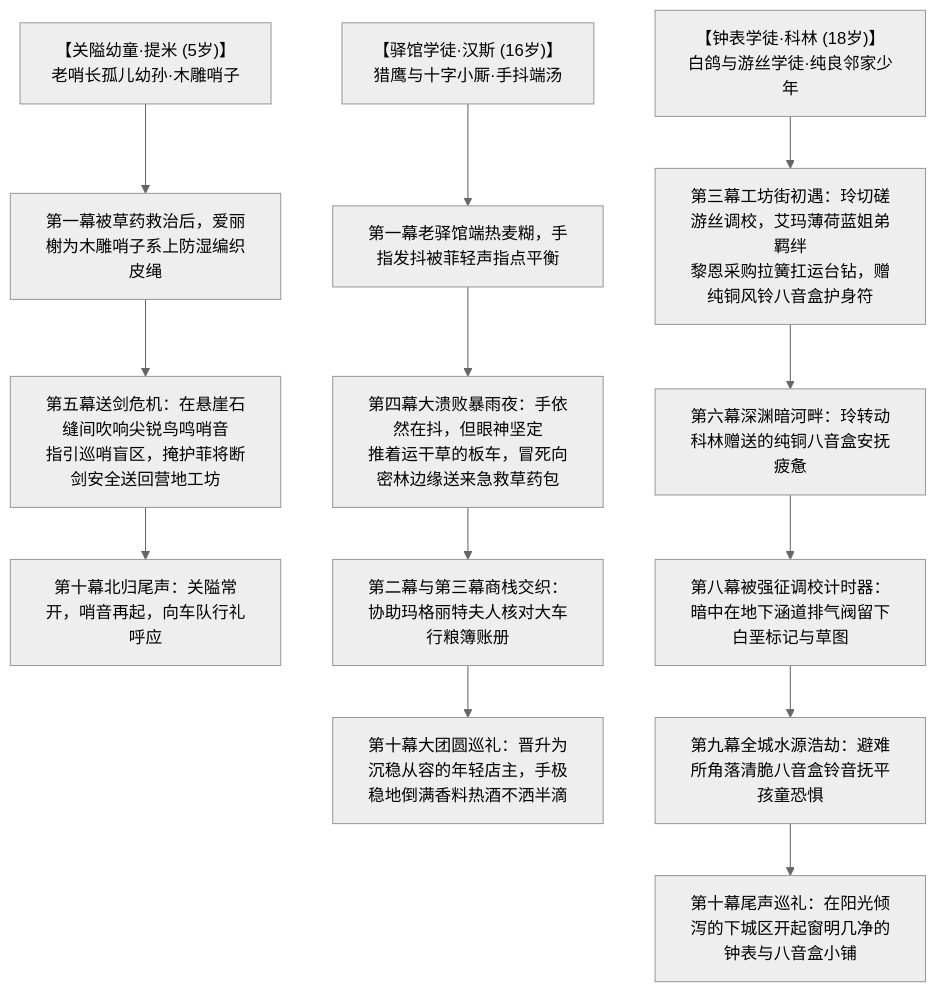
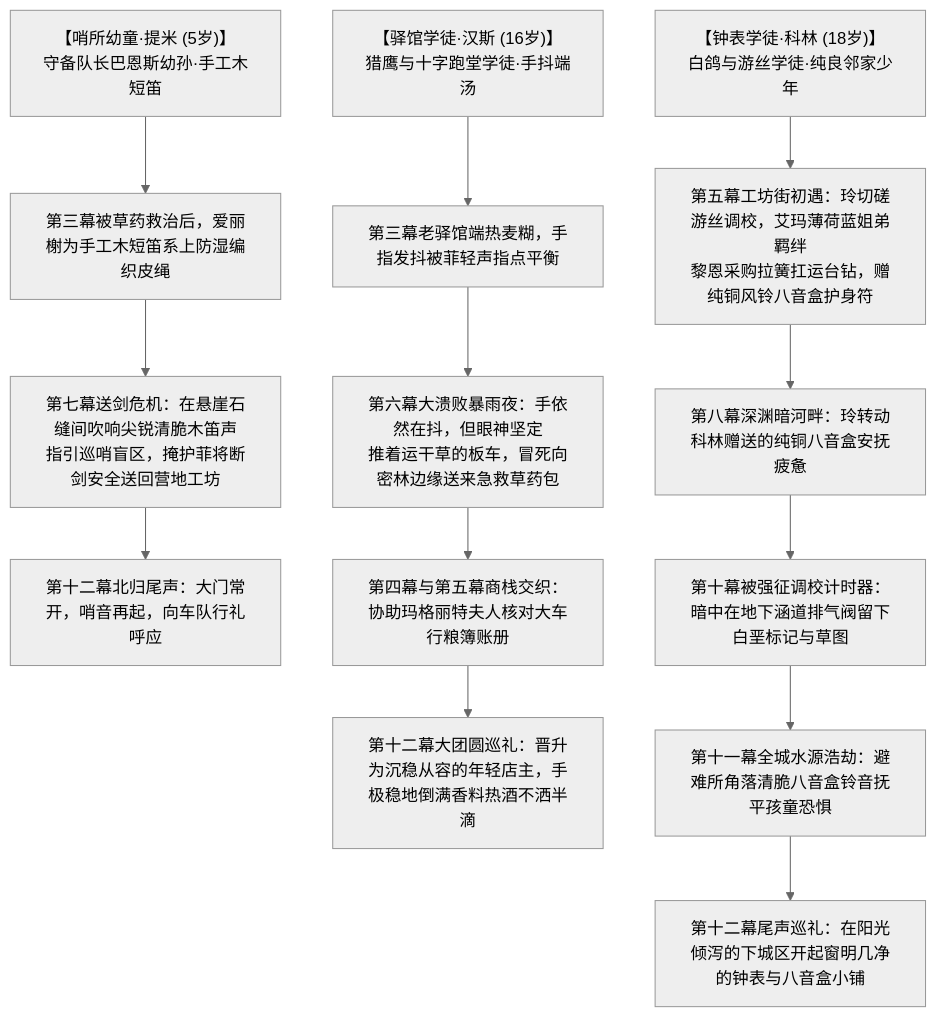
Before and after one commit to soranokiseki1437/eldoria-worldbook: the third of 5 diagrams in 方案/第二部/主线与世界扩充方案/00_第二部宏篇主线总纲与方案管理中枢.md, drawn with Mermaid (neutral theme). The commit also changed other lines of this file and 221 other files, not shown here.

````diff
--- a/方案/第二部/主线与世界扩充方案/00_第二部宏篇主线总纲与方案管理中枢.md
+++ b/方案/第二部/主线与世界扩充方案/00_第二部宏篇主线总纲与方案管理中枢.md
@@ -227,17 +231,17 @@
 ```mermaid
 graph TD
-    T["【关隘幼童·提米 (5岁)】<br/>老哨长孤儿幼孙·木雕哨子"] --> T1["第一幕被草药救治后，爱丽榭为木雕哨子系上防湿编织皮绳"]
-    T1 --> T2["第五幕送剑危机：在悬崖石缝间吹响尖锐鸟鸣哨音<br/>指引巡哨盲区，掩护菲将断剑安全送回营地工坊"]
-    T2 --> T3["第十幕北归尾声：关隘常开，哨音再起，向车队行礼呼应"]
+    T["【哨所幼童·提米 (5岁)】<br/>守备队长巴恩斯幼孙·手工木短笛"] --> T1["第三幕被草药救治后，爱丽榭为手工木短笛系上防湿编织皮绳"]
+    T1 --> T2["第七幕送剑危机：在悬崖石缝间吹响尖锐清脆木笛声<br/>指引巡哨盲区，掩护菲将断剑安全送回营地工坊"]
+    T2 --> T3["第十二幕北归尾声：大门常开，哨音再起，向车队行礼呼应"]
 
-    H["【驿馆学徒·汉斯 (16岁)】<br/>猎鹰与十字小厮·手抖端汤"] --> H1["第一幕老驿馆端热麦糊，手指发抖被菲轻声指点平衡"]
-    H1 --> H2["第四幕大溃败暴雨夜：手依然在抖，但眼神坚定<br/>推着运干草的板车，冒死向密林边缘送来急救草药包"]
-    H2 --> H3["第二幕与第三幕商栈交织：协助玛格丽特夫人核对大车行粮簿账册"]
-    H3 --> H4["第十幕大团圆巡礼：晋升为沉稳从容的年轻店主，手极稳地倒满香料热酒不洒半滴"]
+    H["【驿馆学徒·汉斯 (16岁)】<br/>猎鹰与十字跑堂学徒·手抖端汤"] --> H1["第三幕老驿馆端热麦糊，手指发抖被菲轻声指点平衡"]
+    H1 --> H2["第六幕大溃败暴雨夜：手依然在抖，但眼神坚定<br/>推着运干草的板车，冒死向密林边缘送来急救草药包"]
+    H2 --> H3["第四幕与第五幕商栈交织：协助玛格丽特夫人核对大车行粮簿账册"]
+    H3 --> H4["第十二幕大团圆巡礼：晋升为沉稳从容的年轻店主，手极稳地倒满香料热酒不洒半滴"]
 
-    C["【钟表学徒·科林 (18岁)】<br/>白鸽与游丝学徒·纯良邻家少年"] --> C1["第三幕工坊街初遇：玲切磋游丝调校，艾玛薄荷蓝姐弟羁绊<br/>黎恩采购拉簧扛运台钻，赠纯铜风铃八音盒护身符"]
-    C1 --> C2["第六幕深渊暗河畔：玲转动科林赠送的纯铜八音盒安抚疲惫"]
-    C2 --> C3["第八幕被强征调校计时器：暗中在地下涵道排气阀留下白垩标记与草图"]
-    C3 --> C4["第九幕全城水源浩劫：避难所角落清脆八音盒铃音抚平孩童恐惧"]
-    C4 --> C5["第十幕尾声巡礼：在阳光倾泻的下城区开起窗明几净的钟表与八音盒小铺"]
+    C["【钟表学徒·科林 (18岁)】<br/>白鸽与游丝学徒·纯良邻家少年"] --> C1["第五幕工坊街初遇：玲切磋游丝调校，艾玛薄荷蓝姐弟羁绊<br/>黎恩采购拉簧扛运台钻，赠纯铜风铃八音盒护身符"]
+    C1 --> C2["第八幕深渊暗河畔：玲转动科林赠送的纯铜八音盒安抚疲惫"]
+    C2 --> C3["第十幕被强征调校计时器：暗中在地下涵道排气阀留下白垩标记与草图"]
+    C3 --> C4["第十一幕全城水源浩劫：避难所角落清脆八音盒铃音抚平孩童恐惧"]
+    C4 --> C5["第十二幕尾声巡礼：在阳光倾泻的下城区开起窗明几净的钟表与八音盒小铺"]
 ```
````
